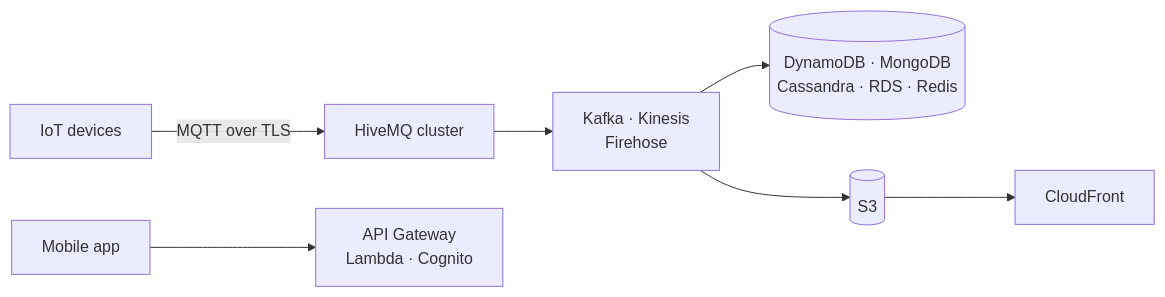
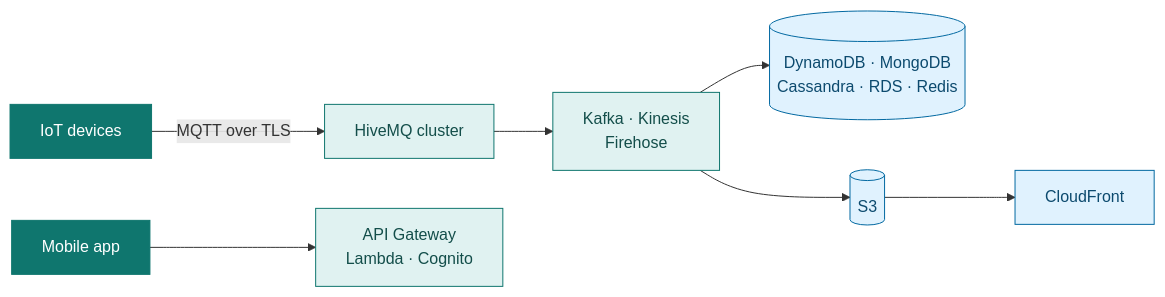
One commit to chanupen/chanupen changed the third of 3 diagrams in README.md. Above: the diagram before and after it, drawn with Mermaid. The commit also changed other lines of this file and 2 other files, not shown here.

Commit message:
Add colour: teal accent header, brand-coloured badges, styled diagrams

````diff
--- a/README.md
+++ b/README.md
@@ -88,8 +112,16 @@
 ```mermaid
 flowchart LR
     D[IoT devices] -->|MQTT over TLS| H["HiveMQ cluster"]
     APP[Mobile app] --> GW["API Gateway<br/>Lambda · Cognito"]
     H --> K["Kafka · Kinesis<br/>Firehose"]
     K --> DB[("DynamoDB · MongoDB<br/>Cassandra · RDS · Redis")]
     K --> S3[(S3)] --> CF[CloudFront]
+    classDef src fill:#0f766e,stroke:#0f766e,color:#ffffff
+    classDef step fill:#e0f2f1,stroke:#0f766e,color:#134e4a
+    classDef gate fill:#fff4e5,stroke:#d97706,color:#7c2d12
+    classDef out fill:#e0f2fe,stroke:#0369a1,color:#0c4a6e
+    class D,APP src
+    class H,GW,K step
+    class DB,S3 out
+    class CF out
 ```
````
